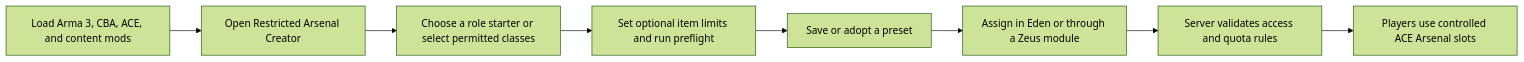
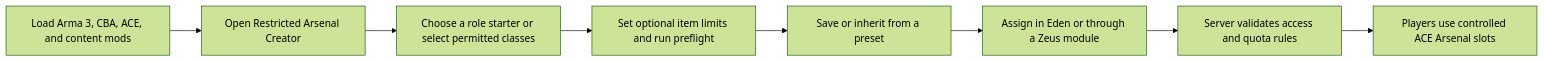
One commit to Black-Ops-2-543/Arma3_ACE_Arsenal_Creation_Tool changed the first of 2 diagrams in README.md. Above: the diagram before and after it, drawn with Mermaid (forest theme). The commit also changed other lines of this file and 52 other files, not shown here.

````diff
--- a/README.md
+++ b/README.md
@@ -20,10 +20,10 @@
 ```mermaid
 flowchart LR
     A[Load Arma 3, CBA, ACE, and content mods] --> B[Open Restricted Arsenal Creator]
     B --> C[Choose a role starter or select permitted classes]
     C --> D[Set optional item limits and run preflight]
-    D --> E[Save or adopt a preset]
+    D --> E[Save or inherit from a preset]
     E --> F[Assign in Eden or through a Zeus module]
     F --> G[Server validates access and quota rules]
     G --> H[Players use controlled ACE Arsenal slots]
 ```
````
